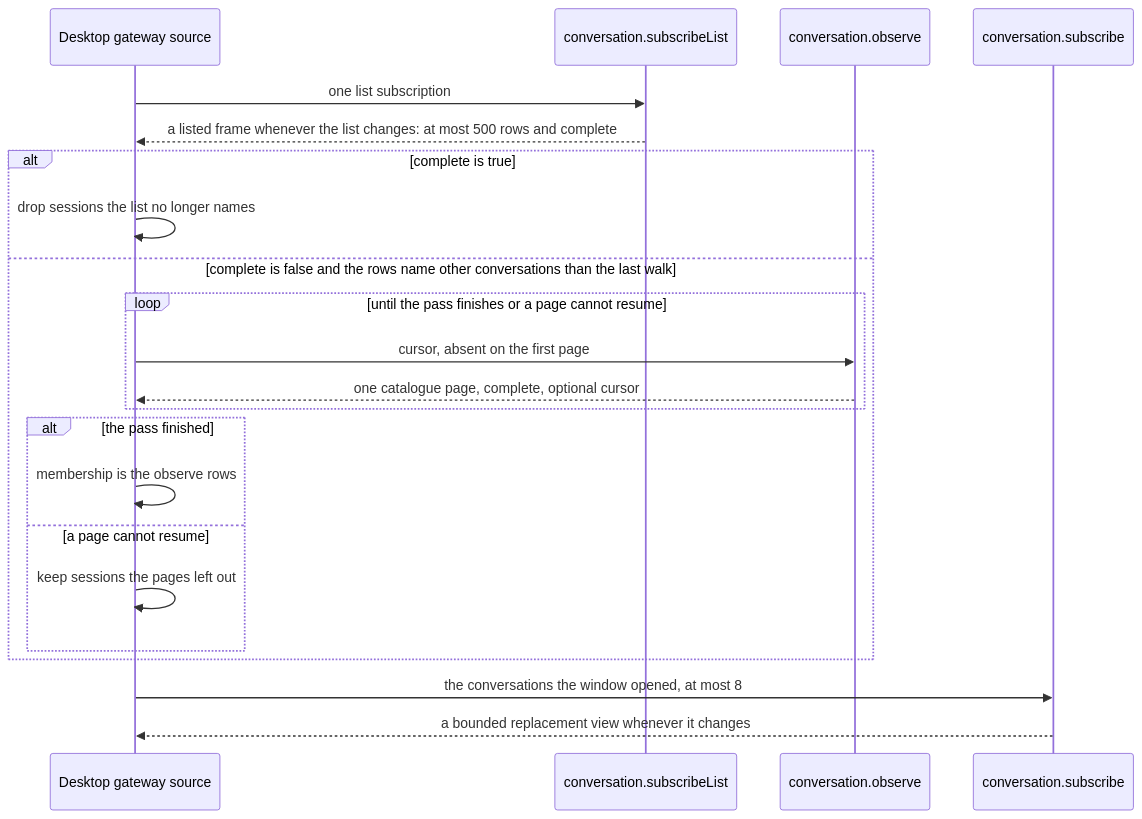
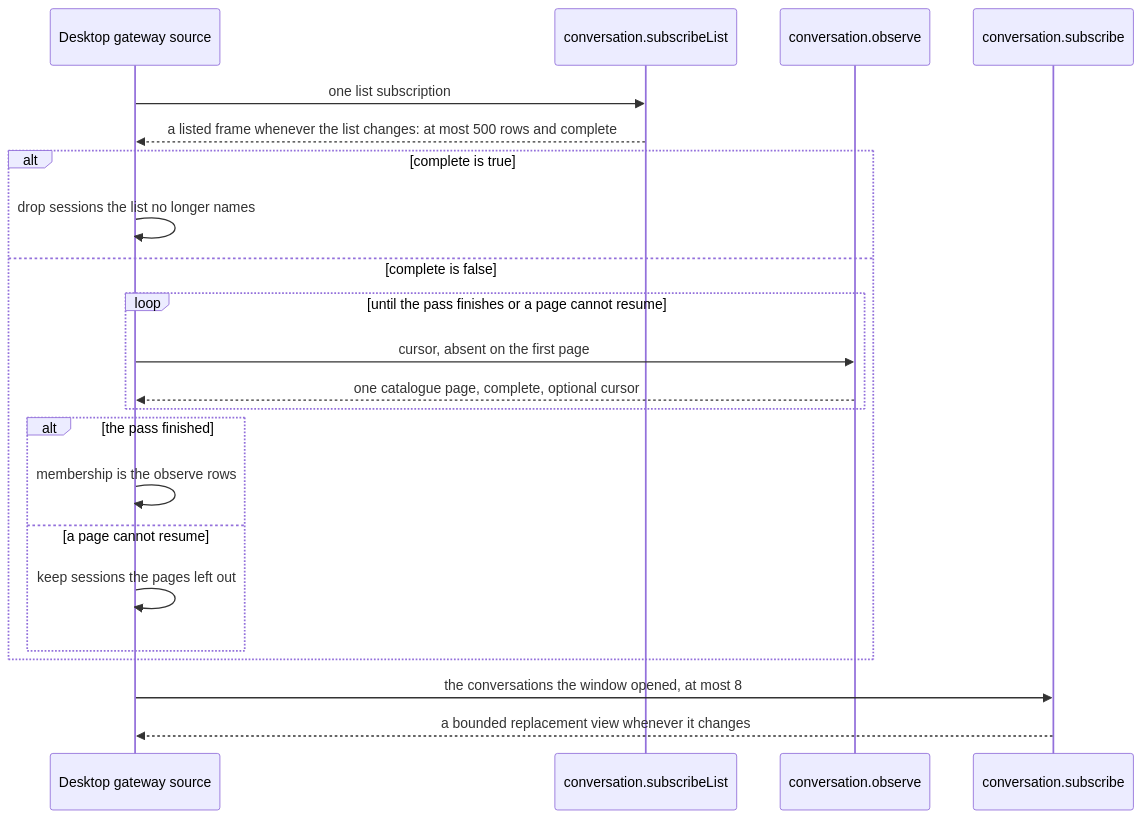
The first of 2 diagrams in docs/design/ui-workspace-load.md (nessalabs/nessa-agent), drawn with Mermaid before and after one commit. The commit also changed other lines of this file and 10 other files, not shown here.

````diff
--- a/docs/design/ui-workspace-load.md
+++ b/docs/design/ui-workspace-load.md
@@ -35,24 +35,24 @@
 ```mermaid
 sequenceDiagram
     participant UI as Desktop gateway source
     participant List as conversation.subscribeList
     participant Observe as conversation.observe
     participant View as conversation.subscribe
     UI->>List: one list subscription
     List-->>UI: a listed frame whenever the list changes: at most 500 rows and complete
     alt complete is true
         UI->>UI: drop sessions the list no longer names
-    else complete is false and the rows name other conversations than the last walk
+    else complete is false
         loop until the pass finishes or a page cannot resume
             UI->>Observe: cursor, absent on the first page
             Observe-->>UI: one catalogue page, complete, optional cursor
         end
         alt the pass finished
             UI->>UI: membership is the observe rows
         else a page cannot resume
             UI->>UI: keep sessions the pages left out
         end
     end
     UI->>View: the conversations the window opened, at most 8
     View-->>UI: a bounded replacement view whenever it changes
 ```
````
